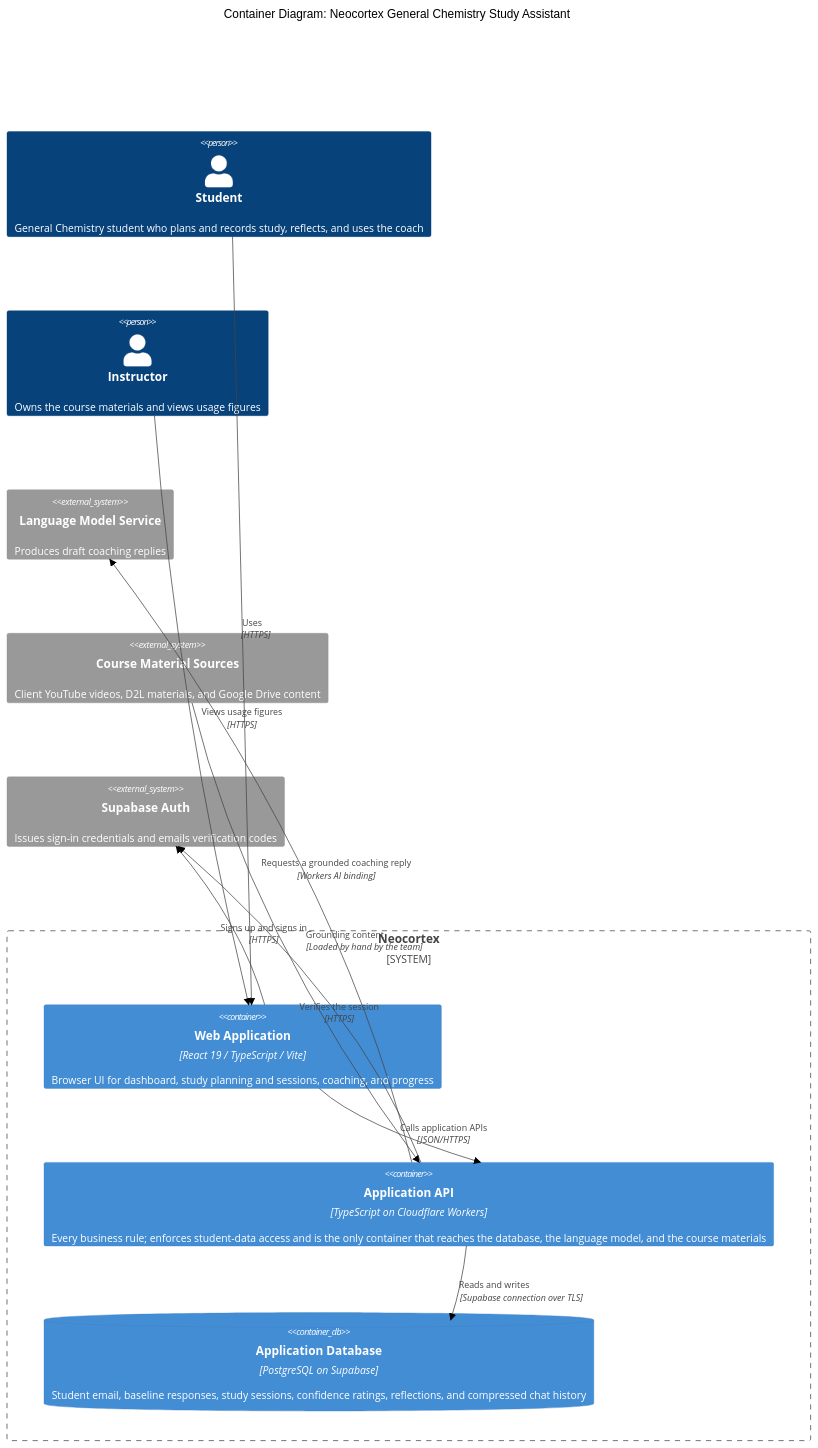
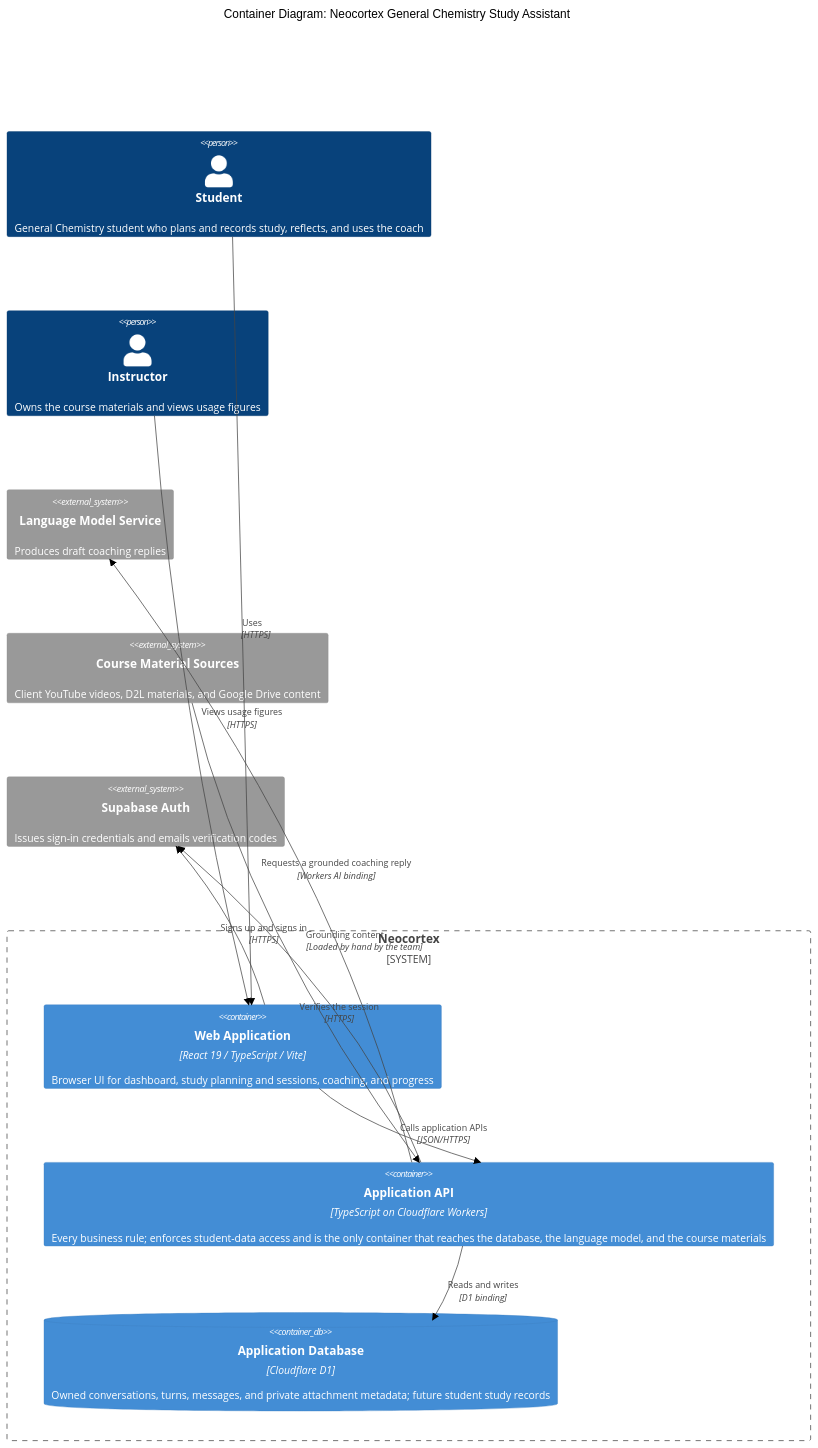
The second of 6 diagrams in docs/design/architectural-design.md (Boommage/Gen-Chem-MC), drawn with Mermaid (forest theme) before and after one commit. The commit also changed other lines of this file and 8 other files, not shown here.

Commit message:
Provision the conversation database and retention schema (#34)

````diff
--- a/docs/design/architectural-design.md
+++ b/docs/design/architectural-design.md
@@ -133,26 +133,26 @@
 ```mermaid
 C4Container
     title Container Diagram: Neocortex General Chemistry Study Assistant
 
     Person(student, "Student", "General Chemistry student who plans and records study, reflects, and uses the coach")
     Person(instructor, "Instructor", "Owns the course materials and views usage figures")
 
     System_Boundary(neocortex, "Neocortex") {
         Container(spa, "Web Application", "React 19 / TypeScript / Vite", "Browser UI for dashboard, study planning and sessions, coaching, and progress")
         Container(api, "Application API", "TypeScript on Cloudflare Workers", "Every business rule; enforces student-data access and is the only container that reaches the database, the language model, and the course materials")
-        ContainerDb(db, "Application Database", "PostgreSQL on Supabase", "Student email, baseline responses, study sessions, confidence ratings, reflections, and compressed chat history")
+        ContainerDb(db, "Application Database", "Cloudflare D1", "Owned conversations, turns, messages, and private attachment metadata; future student study records")
     }
 
     System_Ext(llm, "Language Model Service", "Produces draft coaching replies")
     System_Ext(materials, "Course Material Sources", "Client YouTube videos, D2L materials, and Google Drive content")
     System_Ext(auth, "Supabase Auth", "Issues sign-in credentials and emails verification codes")
 
     Rel(student, spa, "Uses", "HTTPS")
     Rel(spa, api, "Calls application APIs", "JSON/HTTPS")
     Rel(spa, auth, "Signs up and signs in", "HTTPS")
     Rel(api, auth, "Verifies the session", "HTTPS")
     Rel(instructor, spa, "Views usage figures", "HTTPS")
-    Rel(api, db, "Reads and writes", "Supabase connection over TLS")
+    Rel(api, db, "Reads and writes", "D1 binding")
     Rel(api, llm, "Requests a grounded coaching reply", "Workers AI binding")
     Rel(materials, api, "Grounding content", "Loaded by hand by the team")
 ```
````
